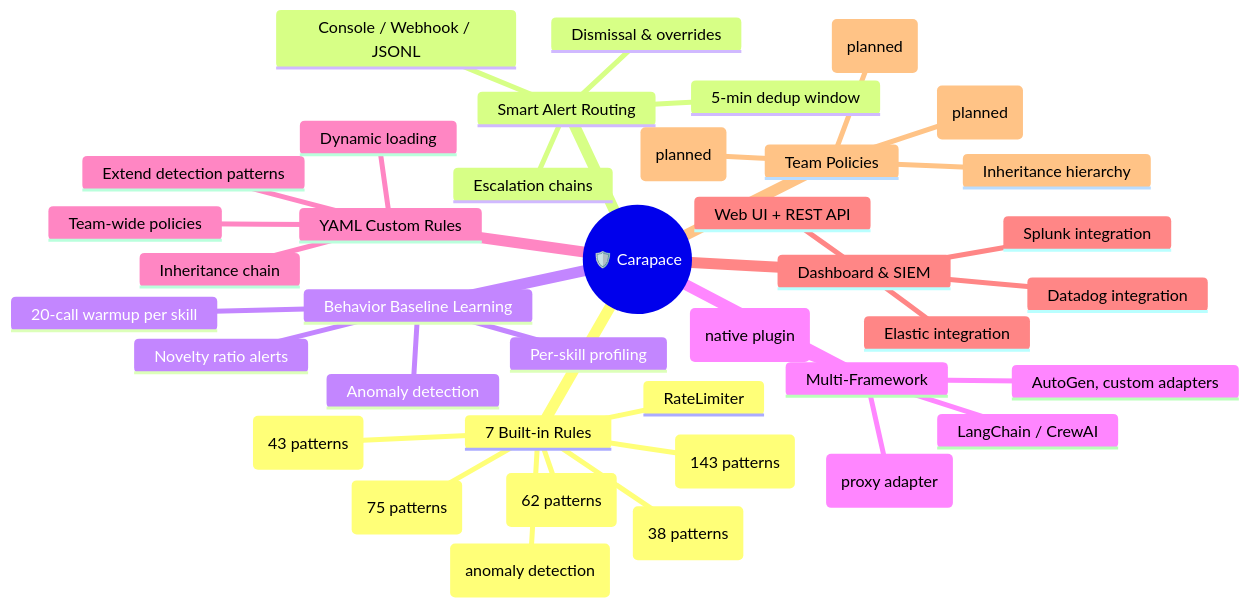
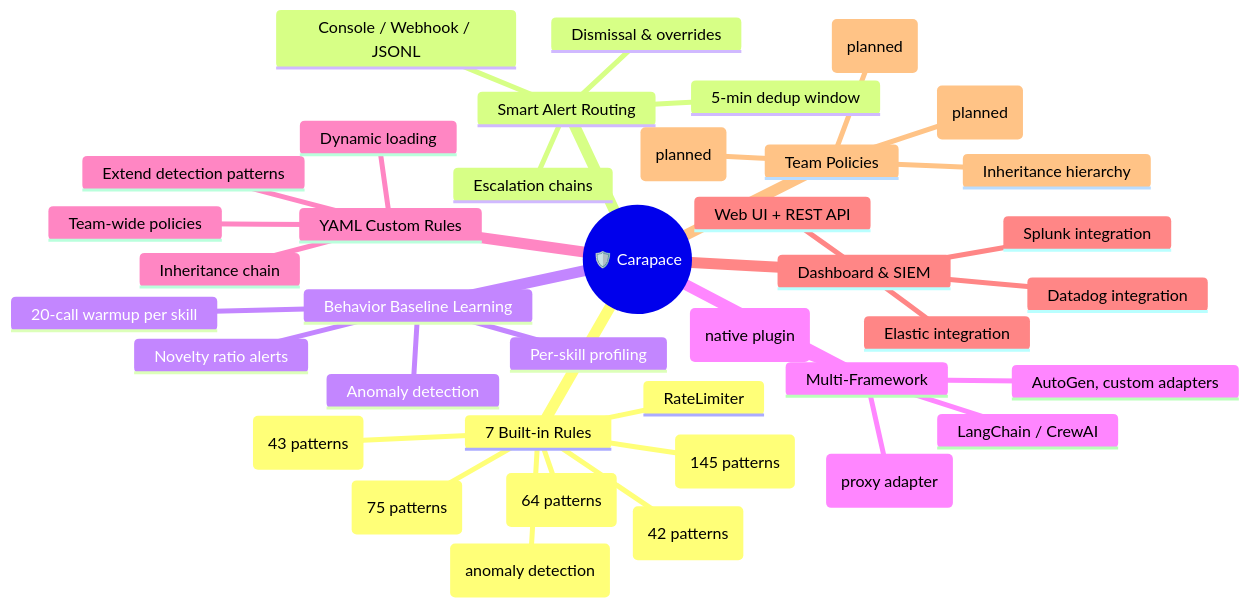
Before and after one commit to yeasy/carapace: the first of 4 diagrams in README.md, drawn with Mermaid. The commit also changed other lines of this file and 2 other files, not shown here.

````diff
--- a/README.md
+++ b/README.md
@@ -70,42 +70,42 @@
 ```mermaid
 mindmap
   root((🛡️ Carapace))
     7 Built-in Rules
-      ExecGuard (143 patterns)
+      ExecGuard (145 patterns)
       PathGuard (75 patterns)
       NetworkGuard (43 patterns)
       RateLimiter
-      PromptInjection (38 patterns)
-      DataExfil (62 patterns)
+      PromptInjection (42 patterns)
+      DataExfil (64 patterns)
       BaselineDrift (anomaly detection)
     Smart Alert Routing
       5-min dedup window
       Escalation chains
       Dismissal & overrides
       Console / Webhook / JSONL
     Behavior Baseline Learning
       20-call warmup per skill
       Per-skill profiling
       Anomaly detection
       Novelty ratio alerts
     Multi-Framework
       OpenClaw (native plugin)
       MCP (proxy adapter)
       LangChain / CrewAI
       AutoGen, custom adapters
     YAML Custom Rules
       Extend detection patterns
       Team-wide policies
       Inheritance chain
       Dynamic loading
     Dashboard & SIEM
       Web UI + REST API
       Splunk integration
       Elastic integration
       Datadog integration
     Team Policies
       Inheritance hierarchy
       Role-based access (planned)
       Policy versioning (planned)
       Audit logging (planned)
 ```
````
